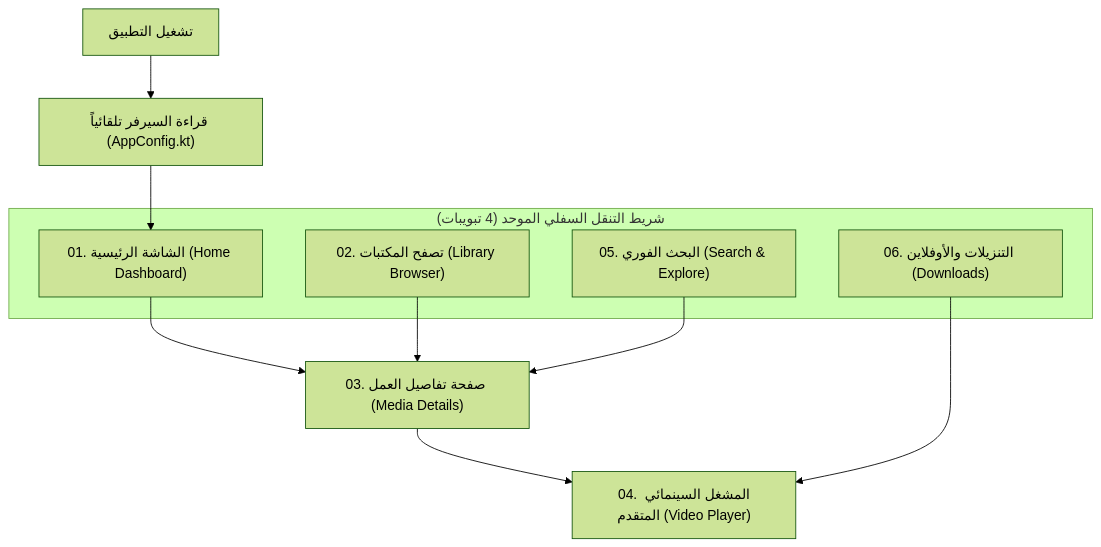
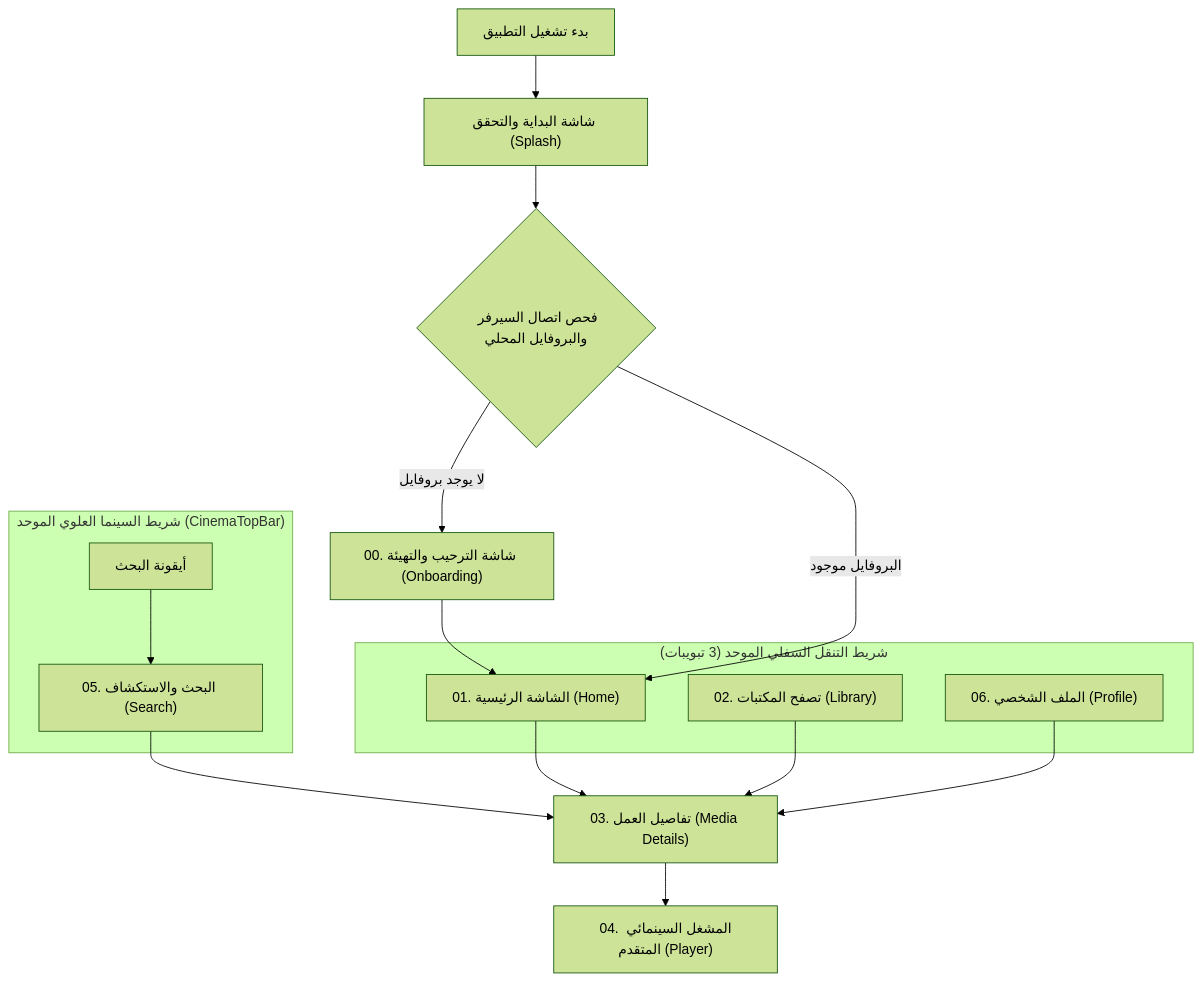
One commit to 0s-a/mdd-tv changed the diagram in docs/current/spec.md. Above: the diagram before and after it, drawn with Mermaid (forest theme). The commit also changed other lines of this file and 120 other files, not shown here.

Commit message:
feat: implement Obsidian 2.2.0 tokens, unified CinemaTopBar, tri-tab nav, and thinking hub

````diff
--- a/docs/current/spec.md
+++ b/docs/current/spec.md
@@ -38,18 +39,25 @@
 ```mermaid
 flowchart TD
-    Launch["تشغيل التطبيق"] --> AutoConfig["قراءة السيرفر تلقائياً (AppConfig.kt)"]
-    AutoConfig --> S1["01. الشاشة الرئيسية (Home Dashboard)"]
+    AppStart["بدء تشغيل التطبيق"] --> Splash["شاشة البداية والتحقق (Splash)"]
+    Splash --> Handshake{"فحص اتصال السيرفر والبروفايل المحلي"}
     
-    subgraph BottomNav["شريط التنقل السفلي الموحد (4 تبويبات)"]
-        S1
-        S2["02. تصفح المكتبات (Library Browser)"]
-        S5["05. البحث الفوري (Search & Explore)"]
-        S6["06. التنزيلات والأوفلاين (Downloads)"]
+    Handshake -- "لا يوجد بروفايل" --> Onboarding["00. شاشة الترحيب والتهيئة (Onboarding)"]
+    Handshake -- "البروفايل موجود" --> Home["01. الشاشة الرئيسية (Home)"]
+    Onboarding --> Home
+
+    subgraph Header["شريط السينما العلوي الموحد (CinemaTopBar)"]
+        SearchBtn["أيقونة البحث"] --> Search["05. البحث والاستكشاف (Search)"]
     end
-    
-    S1 --> S3["03. صفحة تفاصيل العمل (Media Details)"]
-    S2 --> S3
-    S5 --> S3
-    S3 --> S4["04. المشغل السينمائي المتقدم (Video Player)"]
-    S6 --> S4
+
+    subgraph BottomNav["شريط التنقل السفلي الموحد (3 تبويبات)"]
+        Home
+        Library["02. تصفح المكتبات (Library)"]
+        ProfileScreen["06. الملف الشخصي (Profile)"]
+    end
+
+    Home --> Details["03. تفاصيل العمل (Media Details)"]
+    Library --> Details
+    Search --> Details
+    ProfileScreen --> Details
+    Details --> Player["04. المشغل السينمائي المتقدم (Player)"]
 ```
````
